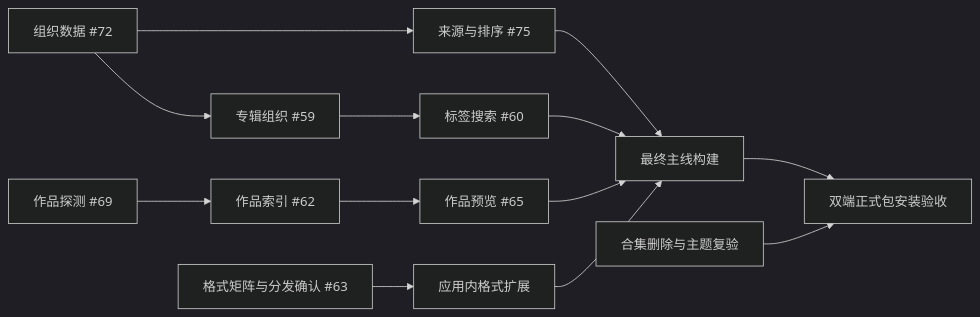
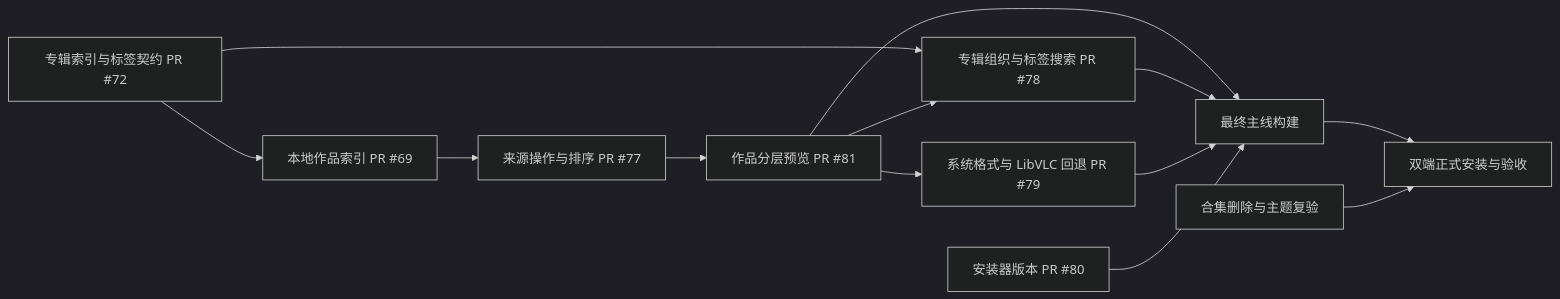
Before and after one commit to AMindFlow/iPreview: the diagram in docs/project/releases/0.3.0.md, drawn with Mermaid (dark theme). The commit also changed other lines of this file and 5 other files, not shown here.

````diff
--- a/docs/project/releases/0.3.0.md
+++ b/docs/project/releases/0.3.0.md
@@ -18,15 +33,15 @@
 ```mermaid
 flowchart LR
-    S["来源与排序 #75"] --> I["最终主线构建"]
-    D["组织数据 #72"] --> A["专辑组织 #59"]
-    A --> Q["标签搜索 #60"]
-    D --> S
-    Q --> I
-    W["作品探测 #69"] --> X["作品索引 #62"]
-    X --> P["作品预览 #65"]
-    P --> I
-    F["格式矩阵与分发确认 #63"] --> M["应用内格式扩展"]
-    M --> I
-    I --> V["双端正式包安装验收"]
+    D["专辑索引与标签契约 PR #72"] --> W["本地作品索引 PR #69"]
+    W --> S["来源操作与排序 PR #77"]
+    S --> P["作品分层预览 PR #81"]
+    D --> A["专辑组织与标签搜索 PR #78"]
+    P --> A
+    P --> F["系统格式与 LibVLC 回退 PR #79"]
+    P --> I["最终主线构建"]
+    A --> I
+    F --> I
+    B["安装器版本 PR #80"] --> I
+    I --> V["双端正式安装与验收"]
     T["合集删除与主题复验"] --> V
 ```
````
